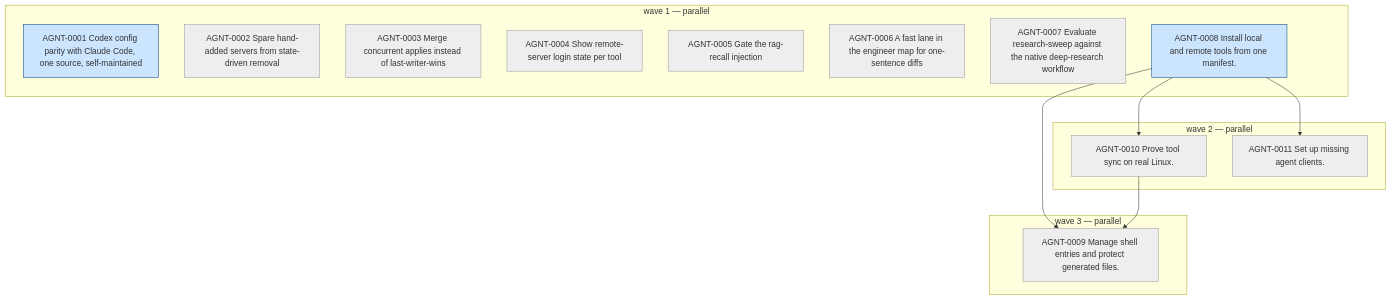
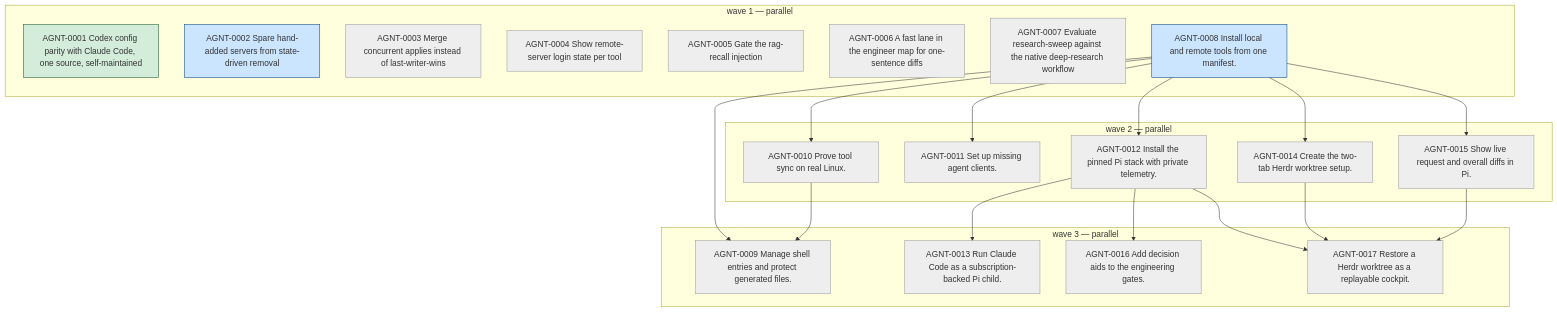
The diagram in .map/roadmap.mmd (OwaisQuadri/agents), drawn with Mermaid before and after one commit. The commit also changed 2 other files, not shown here.

Commit message:
File the Pi and Herdr environment tickets

```diff
--- a/.map/roadmap.mmd
+++ b/.map/roadmap.mmd
@@ -1,27 +1,41 @@
 flowchart TD
   classDef todo fill:#eeeeee,stroke:#999999
   classDef inprogress fill:#fff3cd,stroke:#b8860b
   classDef resolved fill:#cce5ff,stroke:#004085
   classDef done fill:#d4edda,stroke:#155724
   classDef cancelled fill:#f8d7da,stroke:#721c24,stroke-dasharray: 5 5
   subgraph wave1 ["wave 1 — parallel"]
-    AGNT_0001["AGNT-0001 Codex config parity with Claude Code, one source, self-maintained"]:::resolved
-    AGNT_0002["AGNT-0002 Spare hand-added servers from state-driven removal"]:::todo
+    AGNT_0001["AGNT-0001 Codex config parity with Claude Code, one source, self-maintained"]:::done
+    AGNT_0002["AGNT-0002 Spare hand-added servers from state-driven removal"]:::resolved
     AGNT_0003["AGNT-0003 Merge concurrent applies instead of last-writer-wins"]:::todo
     AGNT_0004["AGNT-0004 Show remote-server login state per tool"]:::todo
     AGNT_0005["AGNT-0005 Gate the rag-recall injection"]:::todo
     AGNT_0006["AGNT-0006 A fast lane in the engineer map for one-sentence diffs"]:::todo
     AGNT_0007["AGNT-0007 Evaluate research-sweep against the native deep-research workflow"]:::todo
     AGNT_0008["AGNT-0008 Install local and remote tools from one manifest."]:::resolved
   end
   subgraph wave2 ["wave 2 — parallel"]
     AGNT_0010["AGNT-0010 Prove tool sync on real Linux."]:::todo
     AGNT_0011["AGNT-0011 Set up missing agent clients."]:::todo
+    AGNT_0012["AGNT-0012 Install the pinned Pi stack with private telemetry."]:::todo
+    AGNT_0014["AGNT-0014 Create the two-tab Herdr worktree setup."]:::todo
+    AGNT_0015["AGNT-0015 Show live request and overall diffs in Pi."]:::todo
   end
   subgraph wave3 ["wave 3 — parallel"]
     AGNT_0009["AGNT-0009 Manage shell entries and protect generated files."]:::todo
+    AGNT_0013["AGNT-0013 Run Claude Code as a subscription-backed Pi child."]:::todo
+    AGNT_0016["AGNT-0016 Add decision aids to the engineering gates."]:::todo
+    AGNT_0017["AGNT-0017 Restore a Herdr worktree as a replayable cockpit."]:::todo
   end
   AGNT_0008 --> AGNT_0009
   AGNT_0010 --> AGNT_0009
   AGNT_0008 --> AGNT_0010
   AGNT_0008 --> AGNT_0011
+  AGNT_0008 --> AGNT_0012
+  AGNT_0012 --> AGNT_0013
+  AGNT_0008 --> AGNT_0014
+  AGNT_0008 --> AGNT_0015
+  AGNT_0012 --> AGNT_0016
+  AGNT_0012 --> AGNT_0017
+  AGNT_0014 --> AGNT_0017
+  AGNT_0015 --> AGNT_0017
```
